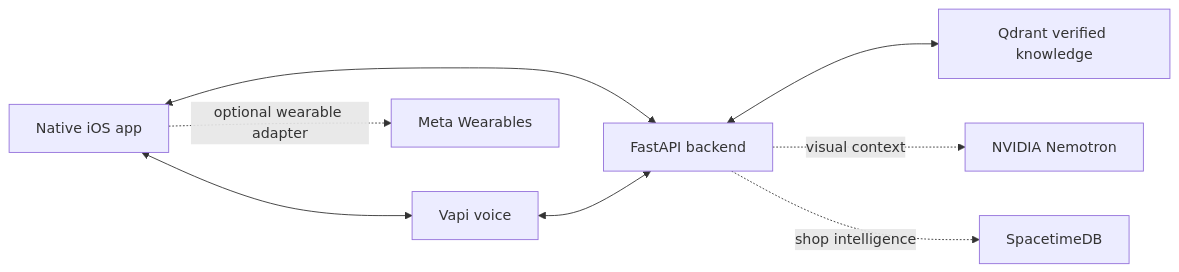
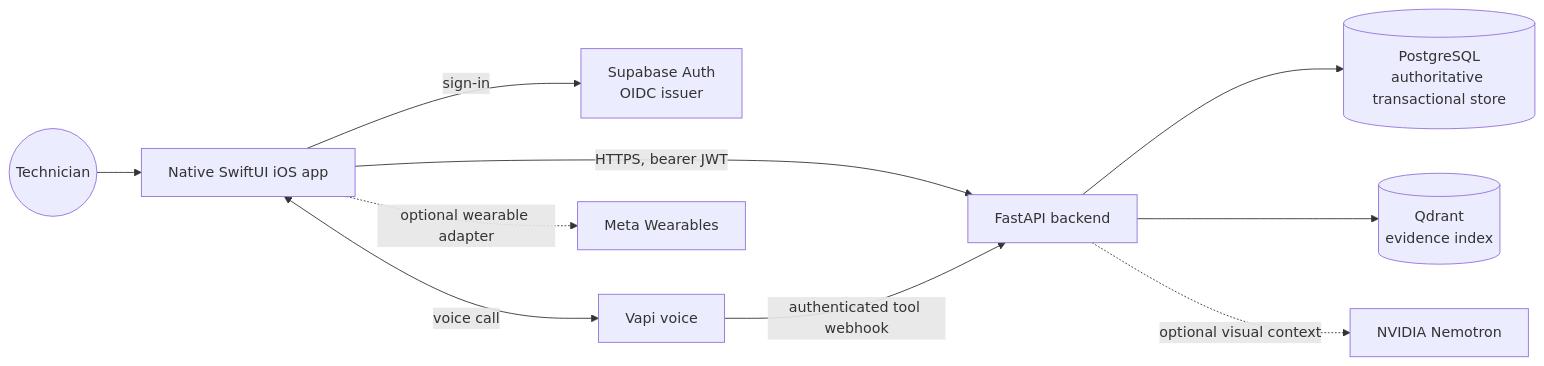
One commit to raghavsaravanan/CARVIS changed the diagram in README.md. Above: the diagram before and after it, drawn with Mermaid. The commit also changed other lines of this file and 10 other files, not shown here.

````diff
--- a/README.md
+++ b/README.md
@@ -12,10 +38,12 @@
 ```mermaid
 flowchart LR
-    I[Native iOS app] <--> V[Vapi voice]
-    I <--> A[FastAPI backend]
-    V <--> A
-    A <--> Q[Qdrant verified knowledge]
-    A -. visual context .-> N[NVIDIA Nemotron]
+    T((Technician)) --> I[Native SwiftUI iOS app]
+    I -- sign-in --> ID[Supabase Auth<br/>OIDC issuer]
+    I <-- voice call --> V[Vapi voice]
+    I -- HTTPS, bearer JWT --> A[FastAPI backend]
+    V -- authenticated tool webhook --> A
+    A --> P[(PostgreSQL<br/>authoritative transactional store)]
+    A --> Q[(Qdrant<br/>evidence index)]
+    A -. optional visual context .-> N[NVIDIA Nemotron]
     I -. optional wearable adapter .-> M[Meta Wearables]
-    A -. shop intelligence .-> S[SpacetimeDB]
 ```
````
